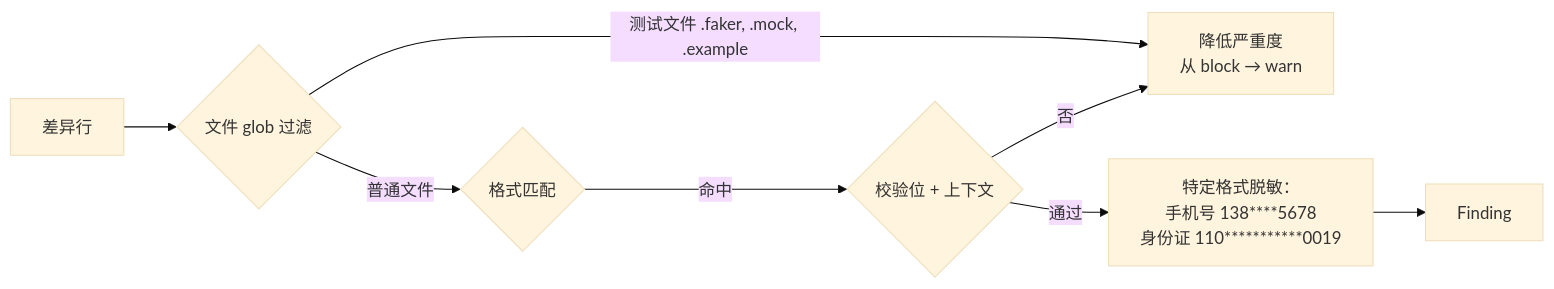
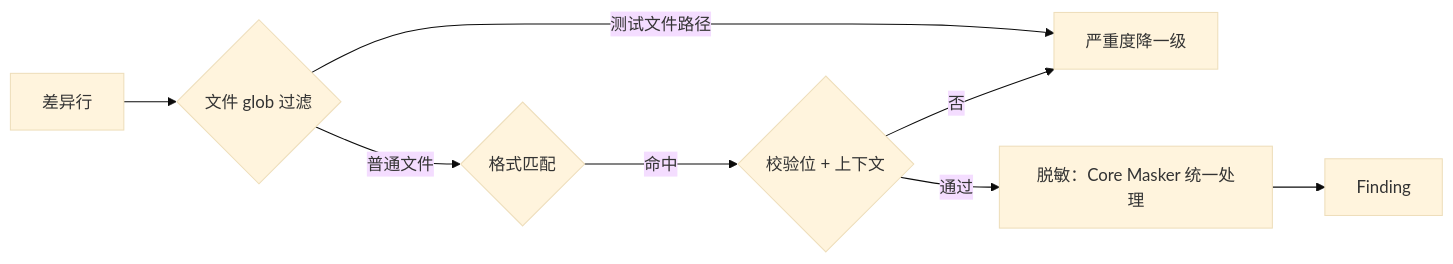
One commit to Camefor/GitGuard changed the diagram in docs/模块设计/Privacy.md. Above: the diagram before and after it, drawn with Mermaid (base theme). The commit also changed other lines of this file and 67 other files, not shown here.

````diff
--- a/docs/模块设计/Privacy.md
+++ b/docs/模块设计/Privacy.md
@@ -50,10 +50,10 @@
 ```mermaid
 flowchart LR
     Input[差异行] --> FilterPath{文件 glob 过滤}
-    FilterPath -- 测试文件 .faker, .mock, .example --> Skip[降低严重度\n从 block → warn]
+    FilterPath -- 测试文件路径 --> Skip[严重度降一级]
     FilterPath -- 普通文件 --> Match{格式匹配}
     Match -- 命中 --> Validate{校验位 + 上下文}
-    Validate -- 通过 --> Mask[特定格式脱敏：\n手机号 138****5678\n身份证 110***********0019]
+    Validate -- 通过 --> Mask[脱敏：Core Masker 统一处理]
     Mask --> Finding
     Validate -- 否 --> Skip
 ```
````
